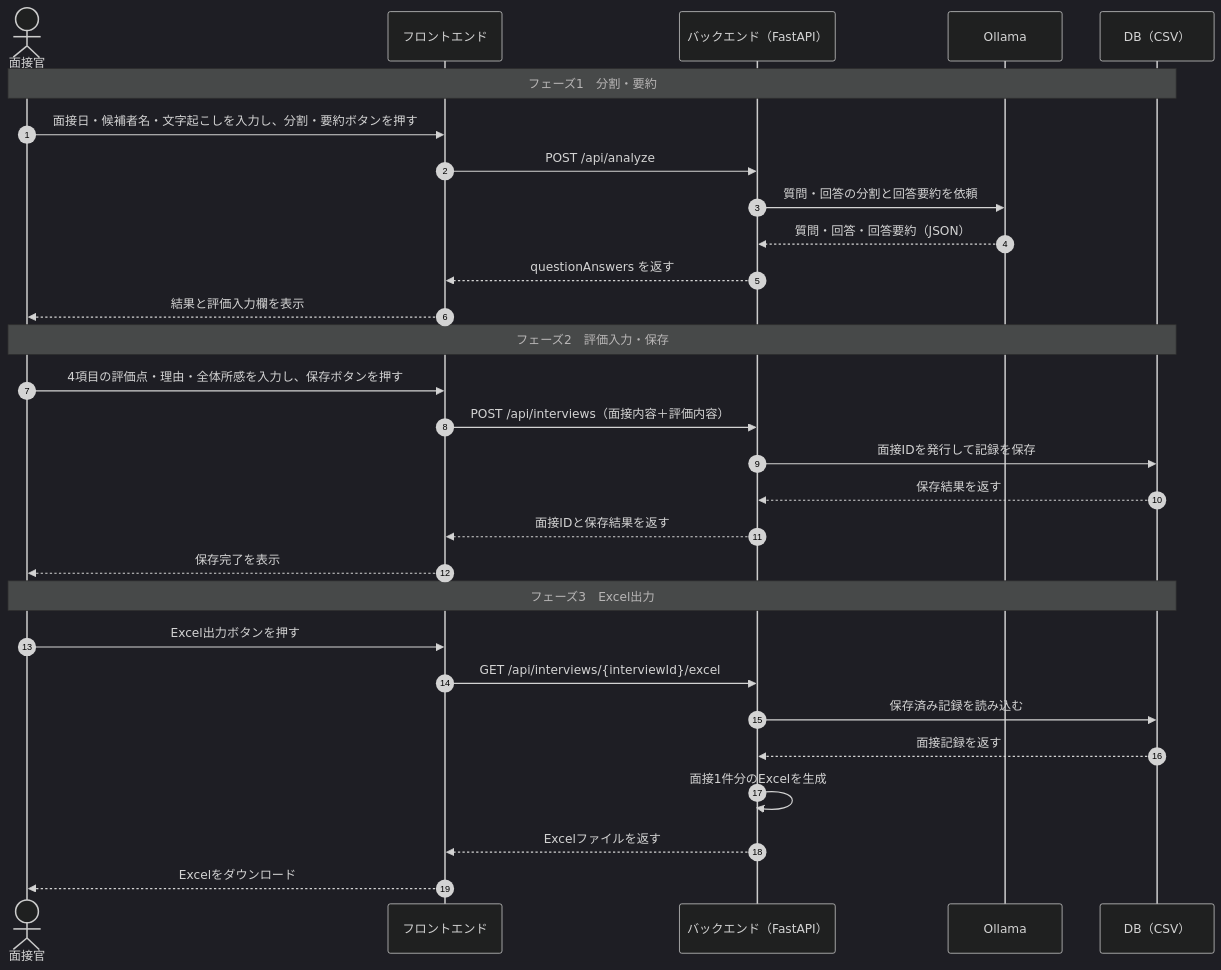
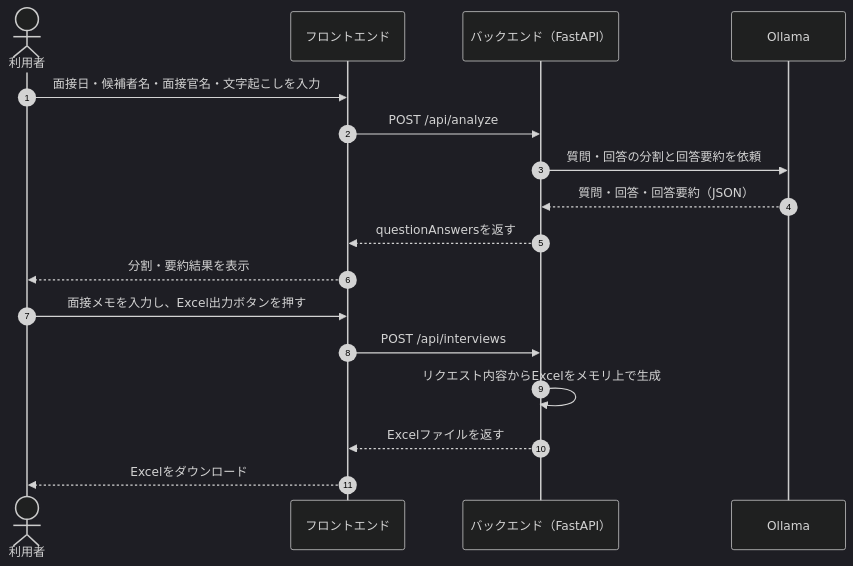
The diagram in docs/mvp-interface-spec.md (DaichiKiyozaki/sakura-hackason-teamA), drawn with Mermaid (dark theme) before and after one commit. The commit also changed other lines of this file and 3 other files, not shown here.

````diff
--- a/docs/mvp-interface-spec.md
+++ b/docs/mvp-interface-spec.md
@@ -35,34 +30,21 @@
 ```mermaid
 sequenceDiagram
     autonumber
-    actor User as 面接官
+    actor User as 利用者
     participant Front as フロントエンド
     participant API as バックエンド（FastAPI）
     participant LLM as Ollama
-    participant DB as DB（CSV）
 
-    Note over User, DB: フェーズ1　分割・要約
-    User->>Front: 面接日・候補者名・文字起こしを入力し、分割・要約ボタンを押す
+    User->>Front: 面接日・候補者名・面接官名・文字起こしを入力
     Front->>API: POST /api/analyze
     API->>LLM: 質問・回答の分割と回答要約を依頼
     LLM-->>API: 質問・回答・回答要約（JSON）
-    API-->>Front: questionAnswers を返す
-    Front-->>User: 結果と評価入力欄を表示
+    API-->>Front: questionAnswersを返す
+    Front-->>User: 分割・要約結果を表示
 
-    Note over User, DB: フェーズ2　評価入力・保存
-    User->>Front: 4項目の評価点・理由・全体所感を入力し、保存ボタンを押す
-    Front->>API: POST /api/interviews（面接内容＋評価内容）
-    API->>DB: 面接IDを発行して記録を保存
-    DB-->>API: 保存結果を返す
-    API-->>Front: 面接IDと保存結果を返す
-    Front-->>User: 保存完了を表示
-
-    Note over User, DB: フェーズ3　Excel出力
-    User->>Front: Excel出力ボタンを押す
-    Front->>API: GET /api/interviews/{interviewId}/excel
-    API->>DB: 保存済み記録を読み込む
-    DB-->>API: 面接記録を返す
-    API->>API: 面接1件分のExcelを生成
+    User->>Front: 面接メモを入力し、Excel出力ボタンを押す
+    Front->>API: POST /api/interviews
+    API->>API: リクエスト内容からExcelをメモリ上で生成
     API-->>Front: Excelファイルを返す
     Front-->>User: Excelをダウンロード
 ```
````
